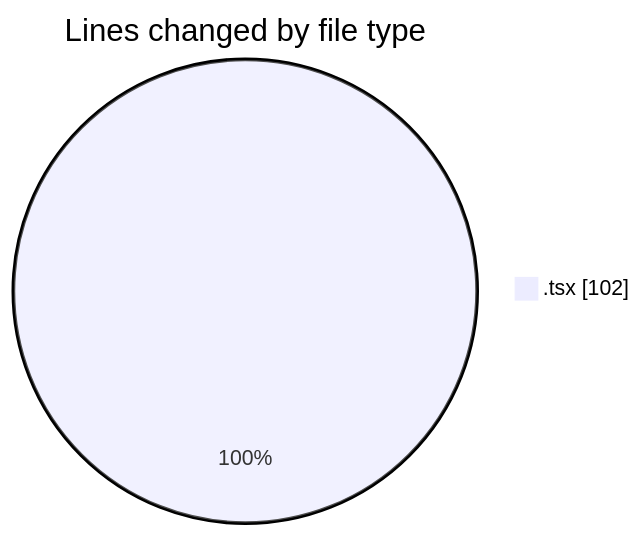
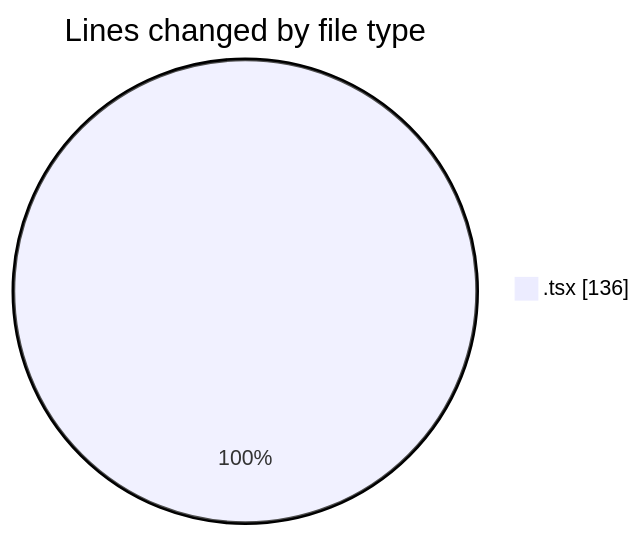
Before and after one commit to momahboobian/code-tracking: the first of 2 diagrams in 2025-11-11/diba-view/README.md, drawn with Mermaid. The commit also changed other lines of this file and 1 other file, not shown here.

````diff
--- a/2025-11-11/diba-view/README.md
+++ b/2025-11-11/diba-view/README.md
@@ -21,5 +22,5 @@
 ```mermaid
 pie showData
 title Lines changed by file type
-".tsx" : 102
+".tsx" : 136
 ```
````
